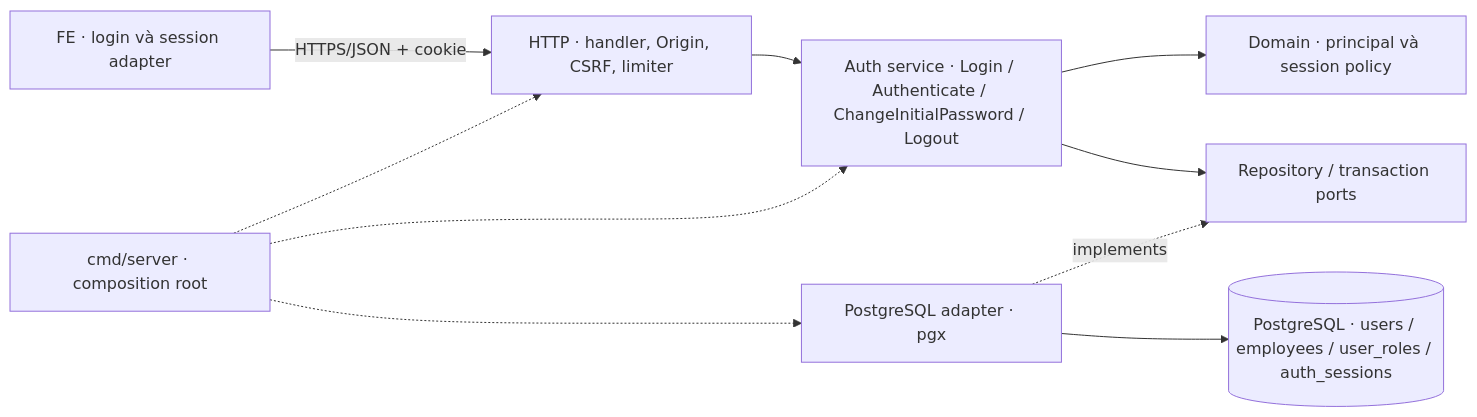
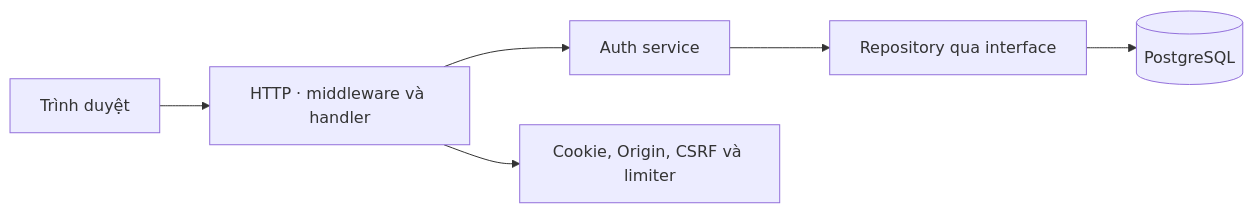
The first of 7 diagrams in docs/proposals/backend-auth-session.md (mingquanjp/prj-manage-system), drawn with Mermaid before and after one commit. The commit also changed other lines of this file and 4 other files, not shown here.

````diff
--- a/docs/proposals/backend-auth-session.md
+++ b/docs/proposals/backend-auth-session.md
@@ -94,12 +74,8 @@
 ```mermaid
 flowchart LR
-  FE["FE · login và session adapter"] -->|"HTTPS/JSON + cookie"| HTTP["HTTP · handler, Origin, CSRF, limiter"]
-  HTTP --> AUTH["Auth service · Login / Authenticate / ChangeInitialPassword / Logout"]
-  AUTH --> POLICY["Domain · principal và session policy"]
-  AUTH --> PORT["Repository / transaction ports"]
-  PG["PostgreSQL adapter · pgx"] -.->|"implements"| PORT
-  PG --> DB[("PostgreSQL · users / employees / user_roles / auth_sessions")]
-  ROOT["cmd/server · composition root"] -.-> HTTP
-  ROOT -.-> AUTH
-  ROOT -.-> PG
+  B["Trình duyệt"] --> H["HTTP · middleware và handler"]
+  H --> S["Auth service"]
+  S --> R["Repository qua interface"]
+  R --> D[("PostgreSQL")]
+  H --> C["Cookie, Origin, CSRF và limiter"]
 ```
````
